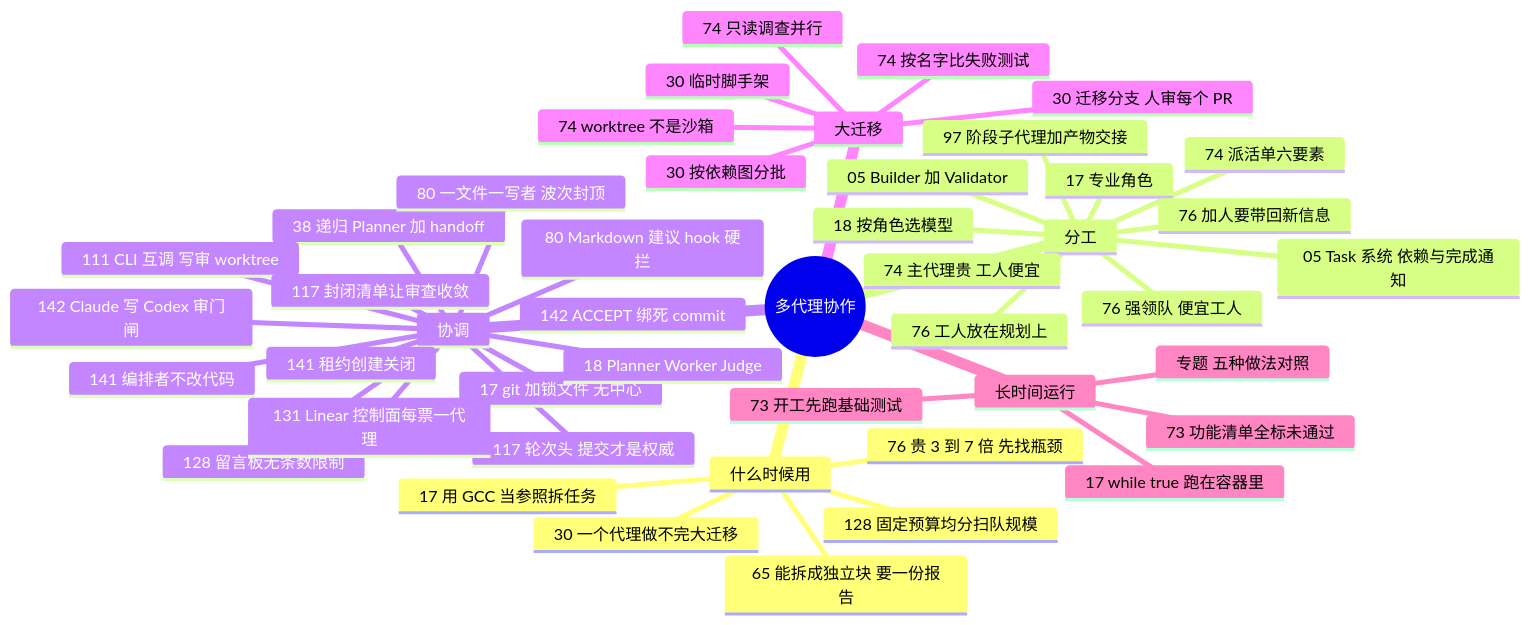
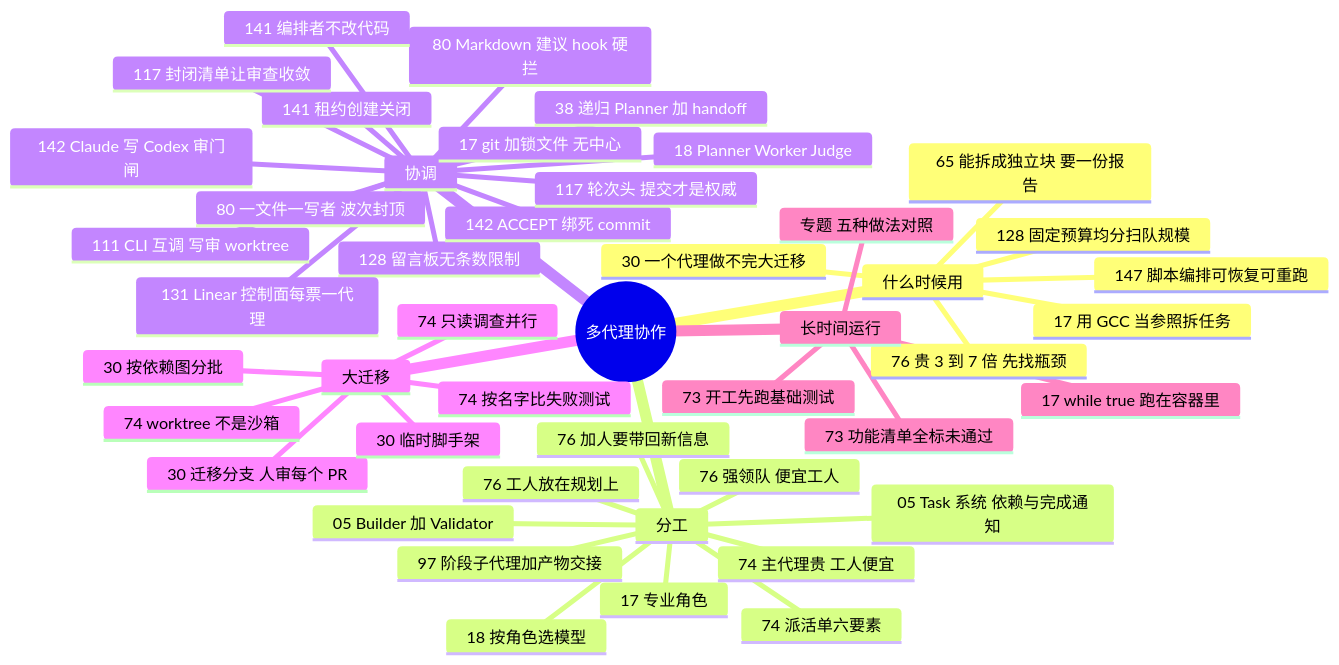
The diagram in docs/guide/multi.md (yzw7489757/ai-coding-videos), drawn with Mermaid before and after one commit. The commit also changed other lines of this file and 17 other files, not shown here.

````diff
--- a/docs/guide/multi.md
+++ b/docs/guide/multi.md
@@ -15,48 +15,49 @@
 ```mermaid
 mindmap
   root((多代理协作))
     什么时候用
       128 固定预算均分扫队规模
+      147 脚本编排可恢复可重跑
       65 能拆成独立块 要一份报告
       17 用 GCC 当参照拆任务
       30 一个代理做不完大迁移
       76 贵 3 到 7 倍 先找瓶颈
     分工
       97 阶段子代理加产物交接
       05 Builder 加 Validator
       05 Task 系统 依赖与完成通知
       17 专业角色
       18 按角色选模型
       74 主代理贵 工人便宜
       74 派活单六要素
       76 工人放在规划上
       76 强领队 便宜工人
       76 加人要带回新信息
     协调
       128 留言板无条数限制
       142 Claude 写 Codex 审门闸
       142 ACCEPT 绑死 commit
       17 git 加锁文件 无中心
       18 Planner Worker Judge
       38 递归 Planner 加 handoff
       80 Markdown 建议 hook 硬拦
       80 一文件一写者 波次封顶
       111 CLI 互调 写审 worktree
       141 编排者不改代码
       141 租约创建关闭
       117 轮次头 提交才是权威
       117 封闭清单让审查收敛
       131 Linear 控制面每票一代理
     大迁移
       30 迁移分支 人审每个 PR
       30 按依赖图分批
       30 临时脚手架
       74 按名字比失败测试
       74 只读调查并行
       74 worktree 不是沙箱
     长时间运行
       17 while true 跑在容器里
       73 功能清单全标未通过
       73 开工先跑基础测试
       专题 五种做法对照
 ```
````
